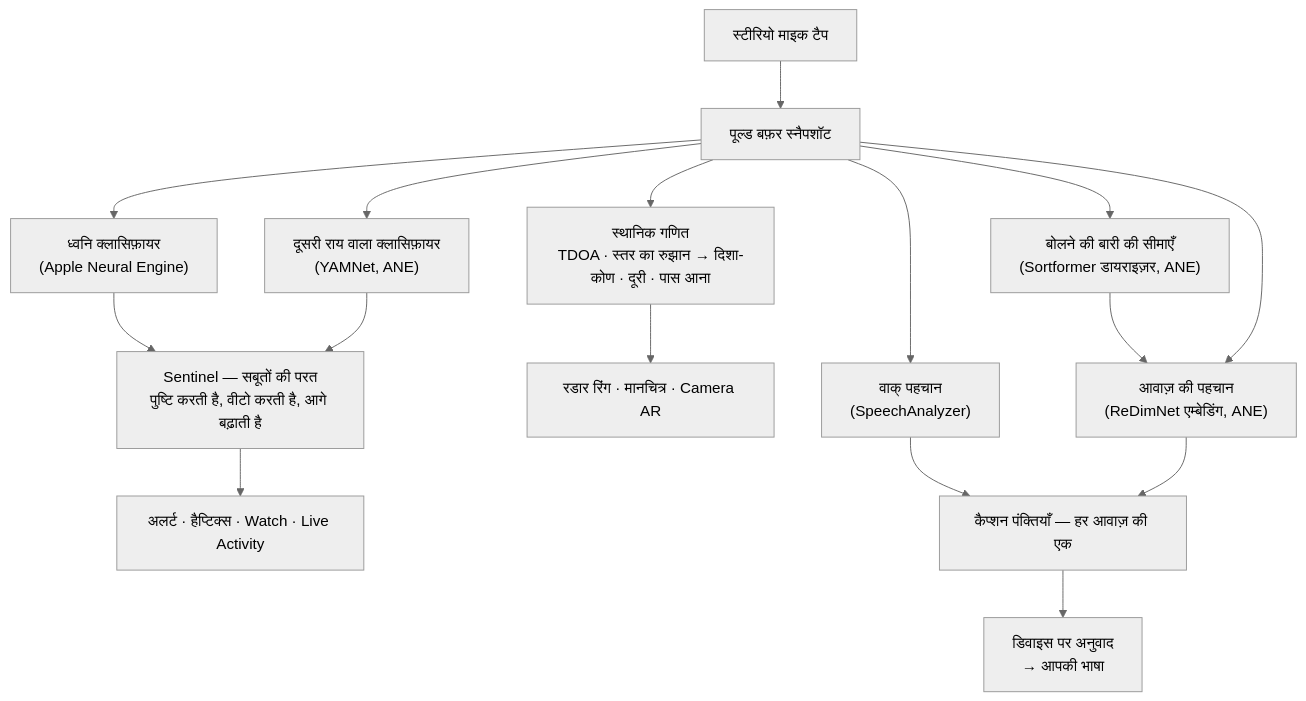
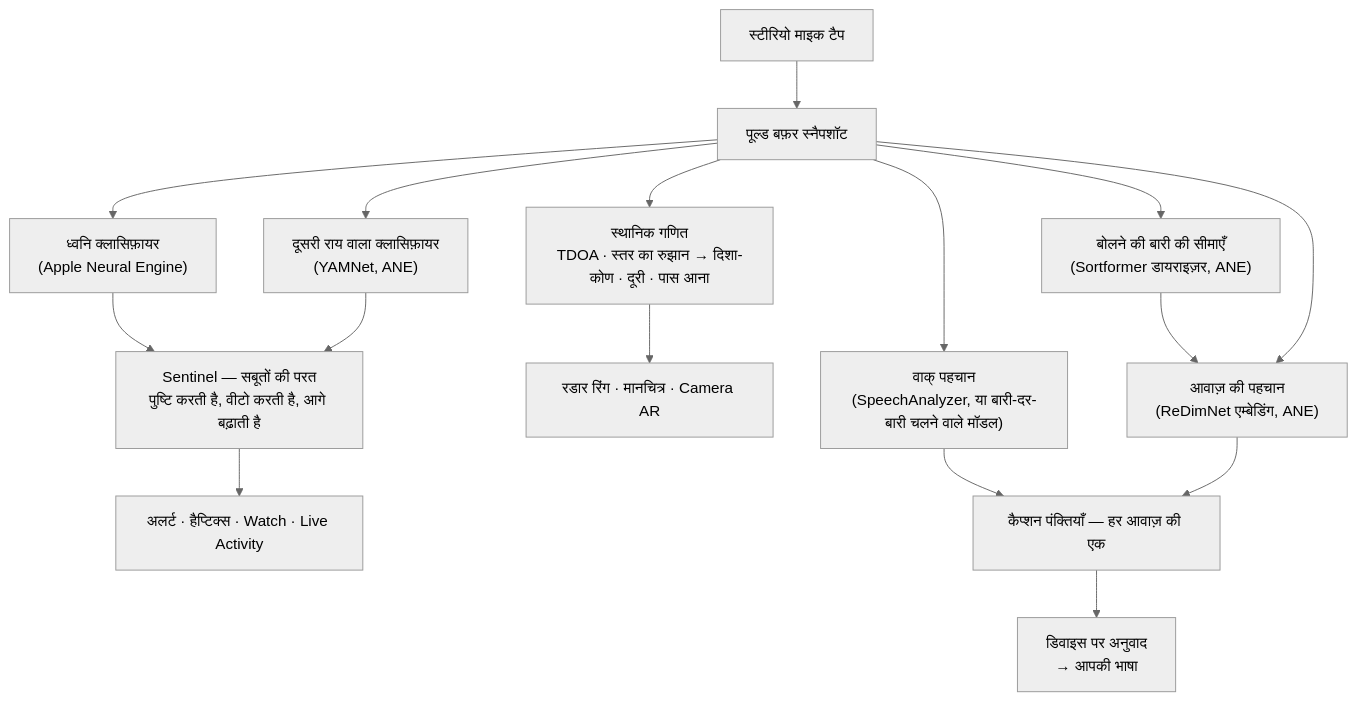
One commit to rpalm01-star/VigilantEarLegal changed the second of 4 diagrams in README_hi.md. Above: the diagram before and after it, drawn with Mermaid (neutral theme). The commit also changed other lines of this file and 14 other files, not shown here.

````diff
--- a/README_hi.md
+++ b/README_hi.md
@@ -134,18 +145,18 @@
 ```mermaid
 graph TD
     A["स्टीरियो माइक टैप"] --> B["पूल्ड बफ़र स्नैपशॉट"]
     B --> C["ध्वनि क्लासिफ़ायर<br/>(Apple Neural Engine)"]
     B --> Y["दूसरी राय वाला क्लासिफ़ायर<br/>(YAMNet, ANE)"]
     C --> S["Sentinel — सबूतों की परत<br/>पुष्टि करती है, वीटो करती है, आगे बढ़ाती है"]
     Y --> S
     S --> H["अलर्ट · हैप्टिक्स · Watch · Live Activity"]
     B --> D["स्थानिक गणित<br/>TDOA · स्तर का रुझान → दिशा-कोण · दूरी · पास आना"]
     D --> R["रडार रिंग · मानचित्र · Camera AR"]
-    B --> F["वाक् पहचान<br/>(SpeechAnalyzer)"]
+    B --> F["वाक् पहचान<br/>(SpeechAnalyzer, या बारी-दर-बारी चलने वाले मॉडल)"]
     B --> N["बोलने की बारी की सीमाएँ<br/>(Sortformer डायराइज़र, ANE)"]
     N --> E["आवाज़ की पहचान<br/>(ReDimNet एम्बेडिंग, ANE)"]
     B --> E
     F --> G["कैप्शन पंक्तियाँ — हर आवाज़ की एक"]
     E --> G
     G --> T["डिवाइस पर अनुवाद<br/>→ आपकी भाषा"]
 ```
````
